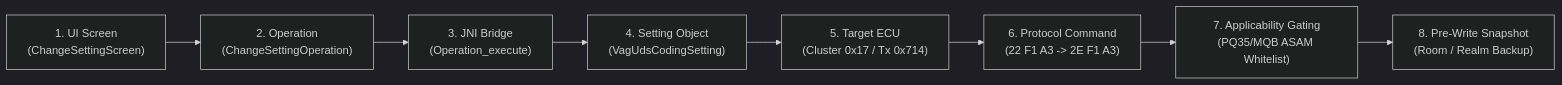
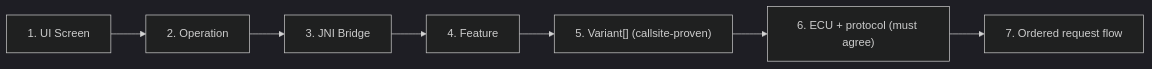
The diagram in research/molecular/FEATURE_DEPENDENCY_GRAPH.md (guns96x/ghidracarista), drawn with Mermaid (dark theme) before and after one commit. The commit also changed other lines of this file and 15 other files, not shown here.

First line of the commit message:
fix(molecular): variant-safe protocol model, TP2 adaptation flow, no first-variant collapse

````diff
--- a/research/molecular/FEATURE_DEPENDENCY_GRAPH.md
+++ b/research/molecular/FEATURE_DEPENDENCY_GRAPH.md
@@ -7,10 +7,9 @@
 ```mermaid
 flowchart LR
-    UI["1. UI Screen<br/>(ChangeSettingScreen)"] --> OP["2. Operation<br/>(ChangeSettingOperation)"]
-    OP --> JNI["3. JNI Bridge<br/>(Operation_execute)"]
-    JNI --> OBJ["4. Setting Object<br/>(VagUdsCodingSetting)"]
-    OBJ --> ECU["5. Target ECU<br/>(Cluster 0x17 / Tx 0x714)"]
-    ECU --> CMD["6. Protocol Command<br/>(22 F1 A3 -> 2E F1 A3)"]
-    CMD --> APP["7. Applicability Gating<br/>(PQ35/MQB ASAM Whitelist)"]
-    APP --> STORE["8. Pre-Write Snapshot<br/>(Room / Realm Backup)"]
+    UI["1. UI Screen"] --> OP["2. Operation"]
+    OP --> JNI["3. JNI Bridge"]
+    JNI --> FEAT["4. Feature"]
+    FEAT --> VAR["5. Variant[] (callsite-proven)"]
+    VAR --> ECU["6. ECU + protocol (must agree)"]
+    ECU --> FLOW["7. Ordered request flow"]
 ```
````
